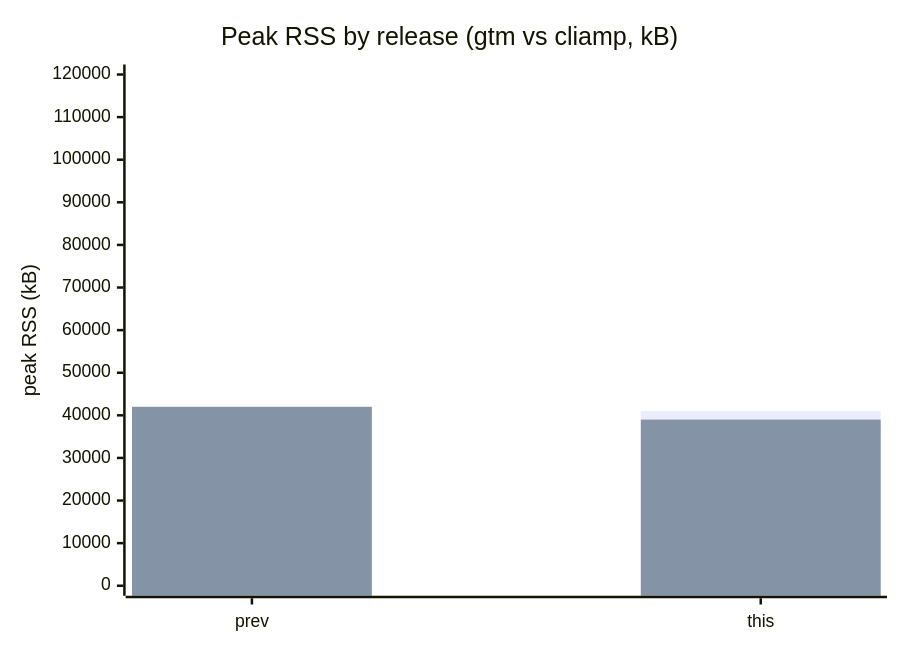
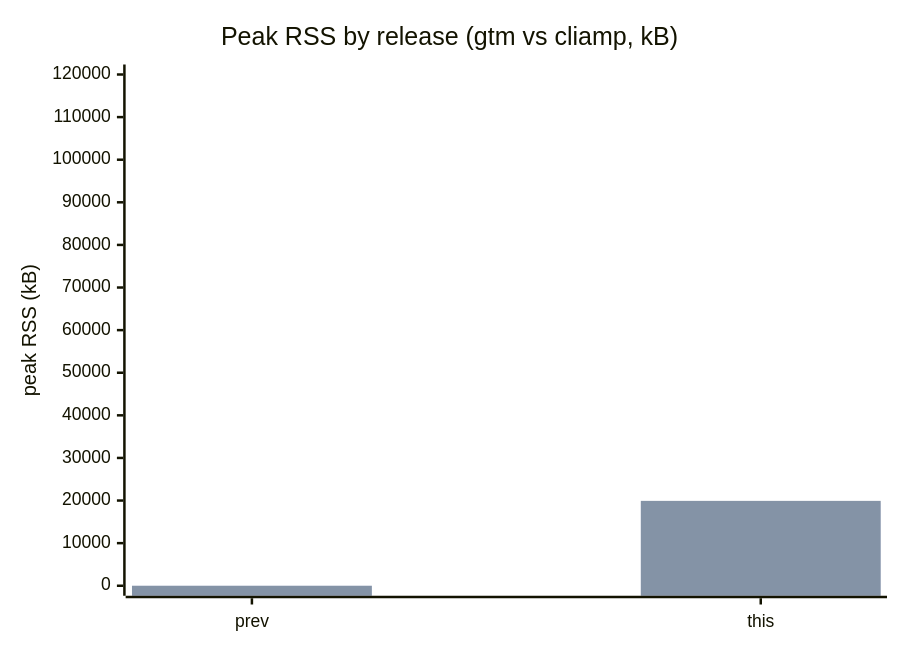
The first of 2 diagrams in BENCHMARK.md (prjctimg/gtm.rs), drawn with Mermaid before and after one commit. The commit also changed other lines of this file and 2 other files, not shown here.

````diff
--- a/BENCHMARK.md
+++ b/BENCHMARK.md
@@ -64,8 +26,8 @@
 ```mermaid
 xychart-beta
   title "Peak RSS by release (gtm vs cliamp, kB)"
   x-axis ["prev", "this"]
   y-axis "peak RSS (kB)" 0 --> 120000
-  bar [40000, 41000]
-  bar [42000, 39000]
+  bar [0, 19492]
+  bar [0, 19924]
 ```
````
